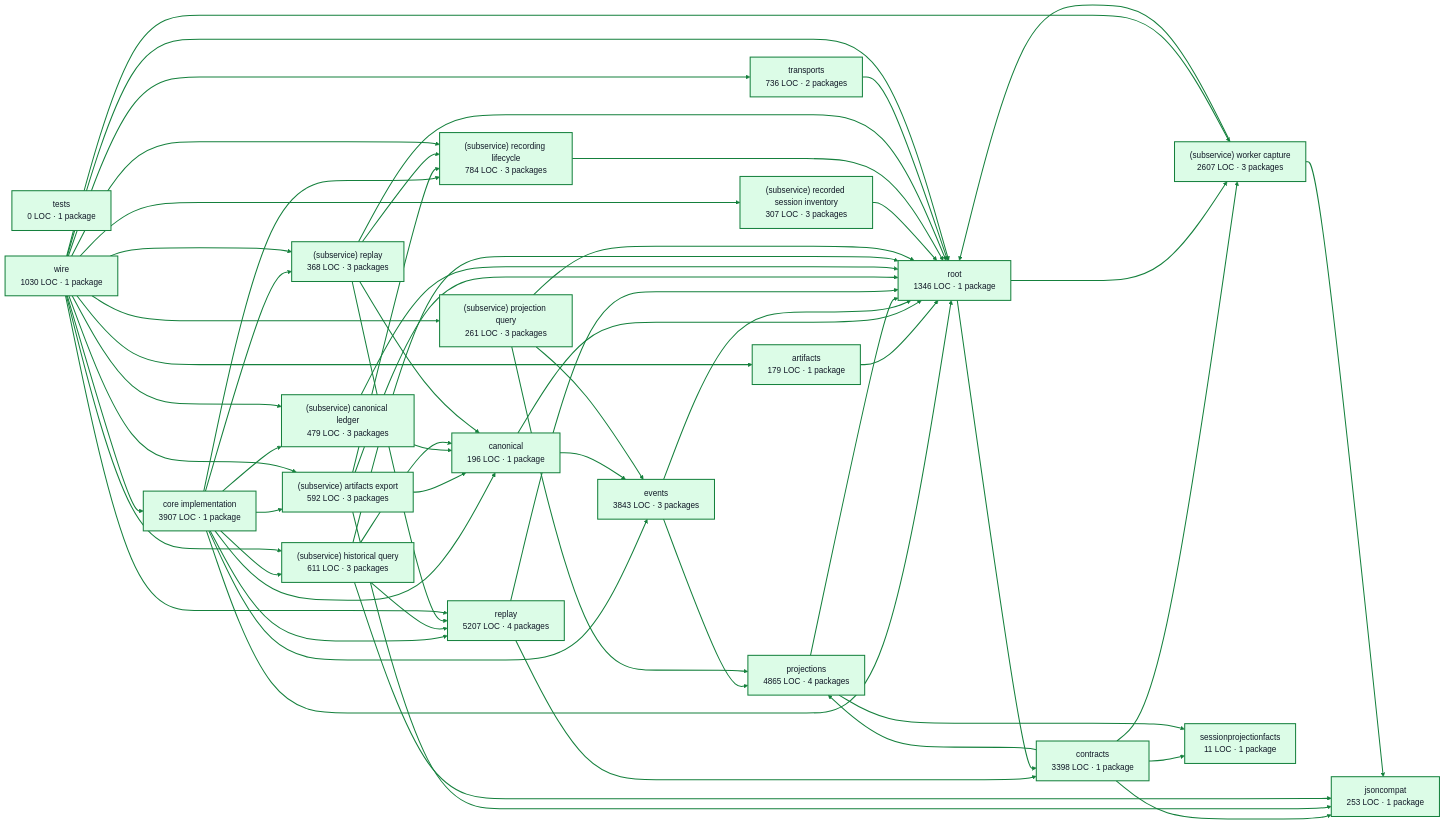
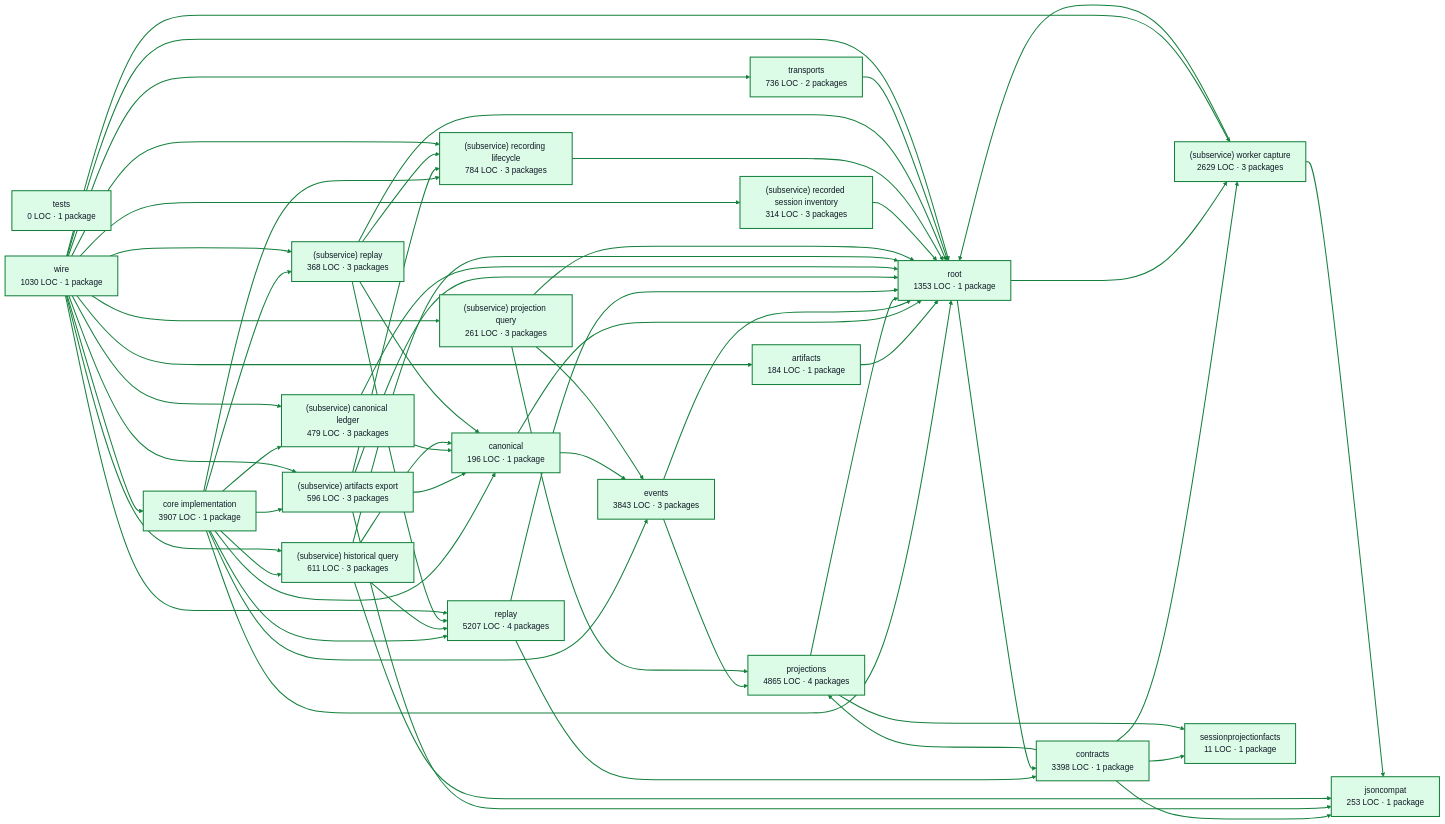
One commit to portpowered/you-agent-factory changed the diagram in docs/architecture/visualizations/services/recordings.md. Above: the diagram before and after it, drawn with Mermaid. The commit also changed other lines of this file and 20 other files, not shown here.

Commit message:
docs: refresh backend architecture visualizations

````diff
--- a/docs/architecture/visualizations/services/recordings.md
+++ b/docs/architecture/visualizations/services/recordings.md
@@ -11,24 +11,24 @@
 ```mermaid
 flowchart LR
   p0["core implementation<br/>3907 LOC · 1 package"]
-  p1["artifacts<br/>179 LOC · 1 package"]
+  p1["artifacts<br/>184 LOC · 1 package"]
   p2["canonical<br/>196 LOC · 1 package"]
   p3["contracts<br/>3398 LOC · 1 package"]
   p4["events<br/>3843 LOC · 3 packages"]
   p5["jsoncompat<br/>253 LOC · 1 package"]
   p6["projections<br/>4865 LOC · 4 packages"]
   p7["replay<br/>5207 LOC · 4 packages"]
-  p8["(subservice) artifacts export<br/>592 LOC · 3 packages"]
+  p8["(subservice) artifacts export<br/>596 LOC · 3 packages"]
   p9["(subservice) canonical ledger<br/>479 LOC · 3 packages"]
   p10["(subservice) historical query<br/>611 LOC · 3 packages"]
   p11["(subservice) projection query<br/>261 LOC · 3 packages"]
-  p12["(subservice) recorded session inventory<br/>307 LOC · 3 packages"]
+  p12["(subservice) recorded session inventory<br/>314 LOC · 3 packages"]
   p13["(subservice) recording lifecycle<br/>784 LOC · 3 packages"]
   p14["(subservice) replay<br/>368 LOC · 3 packages"]
-  p15["(subservice) worker capture<br/>2607 LOC · 3 packages"]
+  p15["(subservice) worker capture<br/>2629 LOC · 3 packages"]
   p16["sessionprojectionfacts<br/>11 LOC · 1 package"]
   p17["tests<br/>0 LOC · 1 package"]
-  p18["root<br/>1346 LOC · 1 package"]
+  p18["root<br/>1353 LOC · 1 package"]
   p19["transports<br/>736 LOC · 2 packages"]
   p20["wire<br/>1030 LOC · 1 package"]
   p0 --> p2
````
